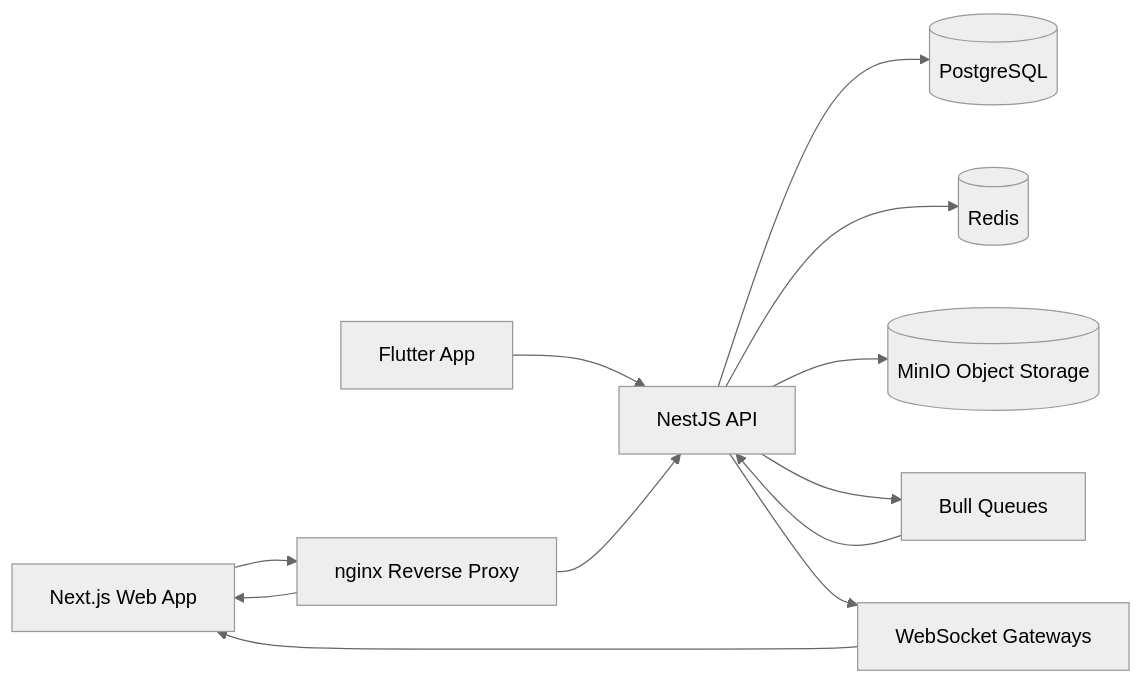
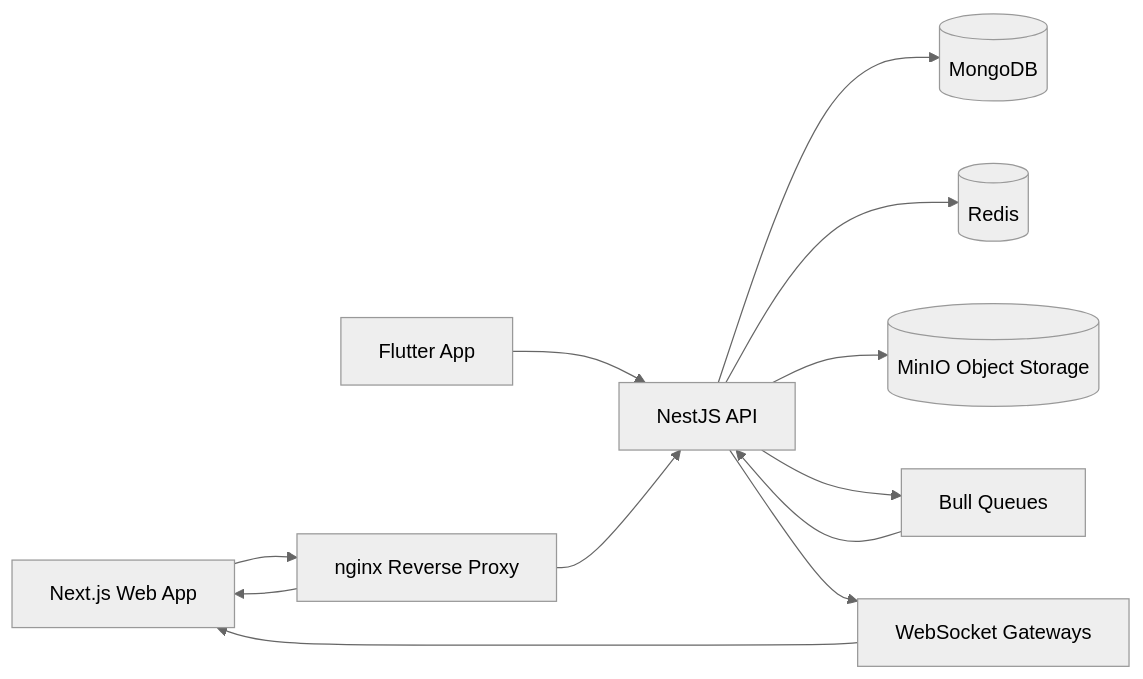
One commit to jkchinthaka/newmone changed the diagram in maintainpro/README.md. Above: the diagram before and after it, drawn with Mermaid (neutral theme). The commit also changed other lines of this file and 39 other files, not shown here.

````diff
--- a/maintainpro/README.md
+++ b/maintainpro/README.md
@@ -16,14 +16,14 @@
 ```mermaid
 flowchart LR
   Web[Next.js Web App] --> Nginx[nginx Reverse Proxy]
   Mobile[Flutter App] --> API[NestJS API]
   Nginx --> API
   Nginx --> Web
-  API --> Postgres[(PostgreSQL)]
+  API --> MongoDB[(MongoDB)]
   API --> Redis[(Redis)]
   API --> MinIO[(MinIO Object Storage)]
   API --> Queue[Bull Queues]
   Queue --> API
   API --> WS[WebSocket Gateways]
   WS --> Web
 ```
````
